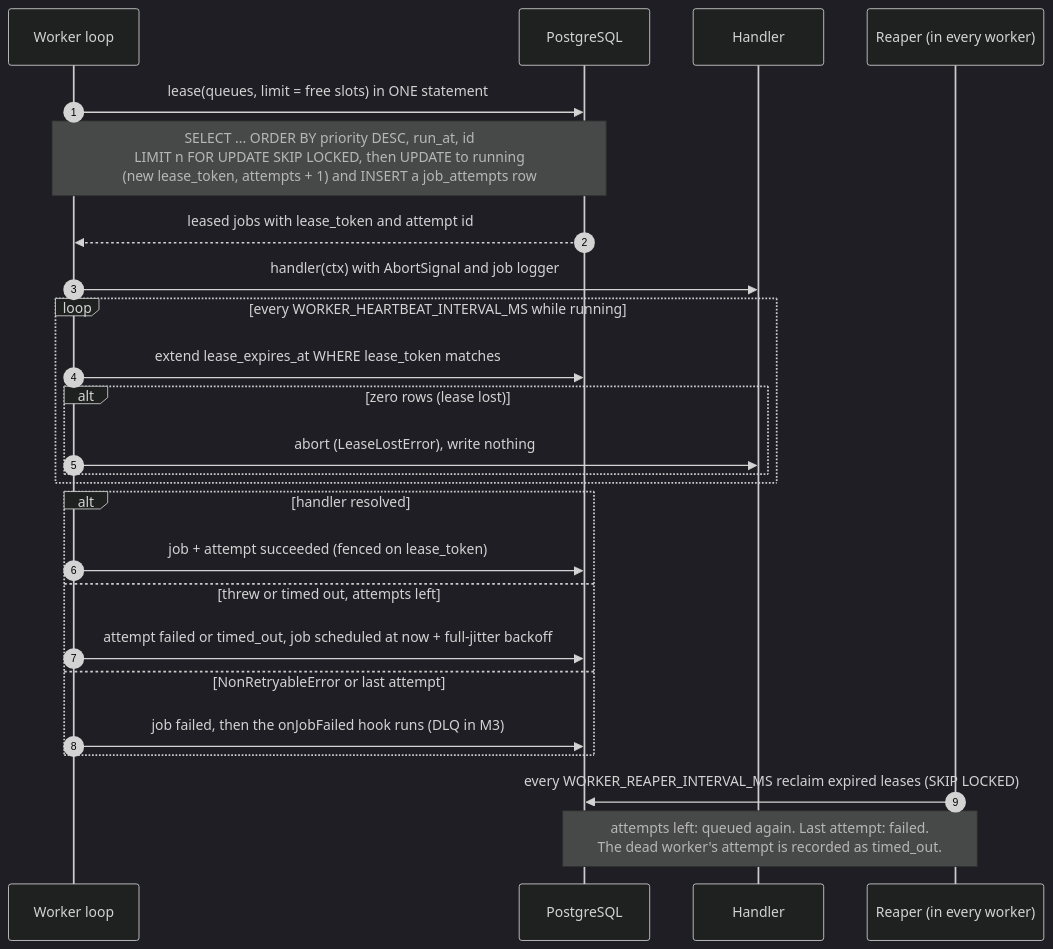
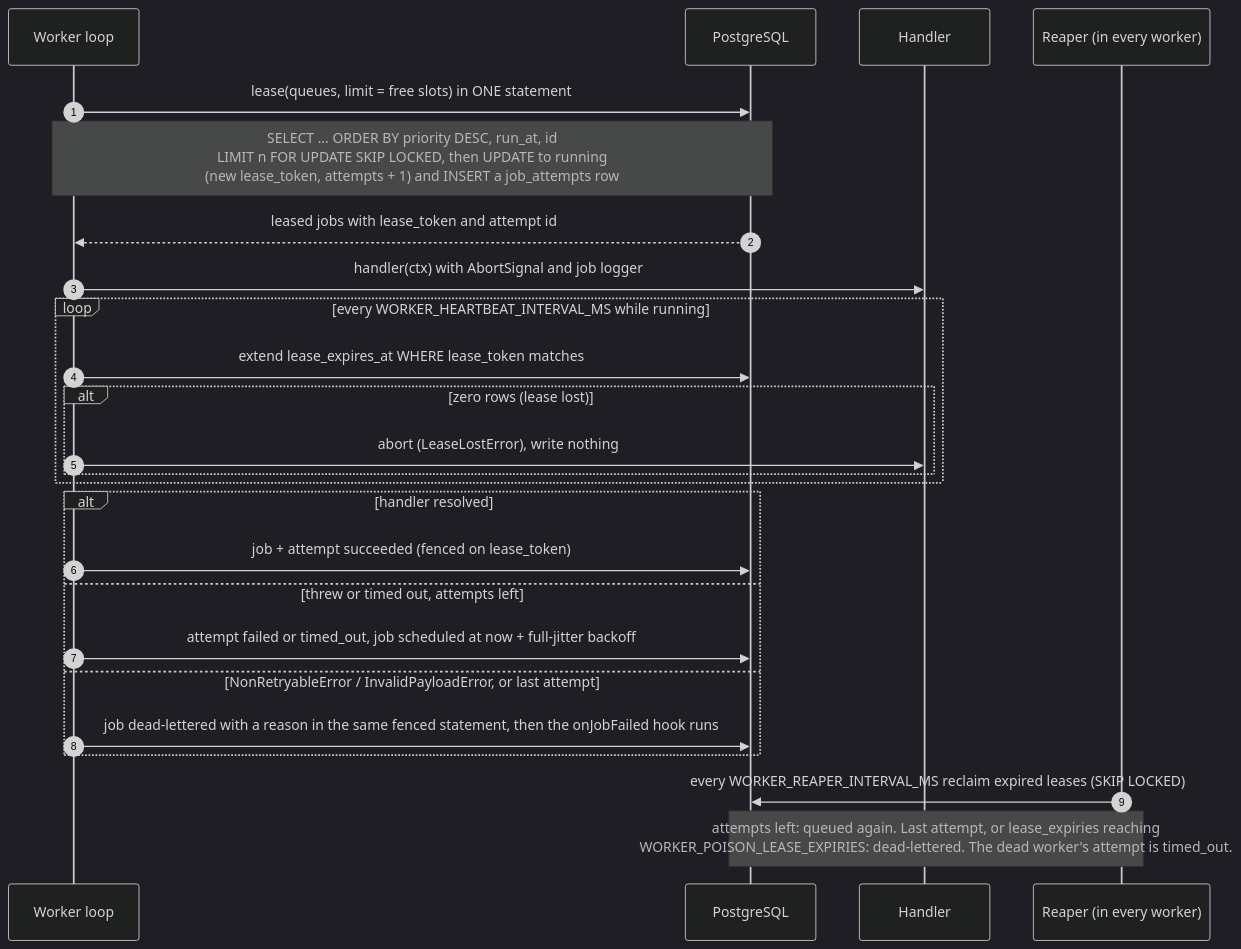
Before and after one commit to smraddhi18/pulsequeue: the fifth of 6 diagrams in README.md, drawn with Mermaid (dark theme). The commit also changed other lines of this file and 2 other files, not shown here.

Commit message:
docs: document Milestone 3 dead-letter queue and mark it done in the roadmap

````diff
--- a/README.md
+++ b/README.md
@@ -150,28 +209,28 @@
 ```mermaid
 sequenceDiagram
     autonumber
     participant W as Worker loop
     participant PG as PostgreSQL
     participant H as Handler
     participant R as Reaper (in every worker)
 
     W->>PG: lease(queues, limit = free slots) in ONE statement
     Note over W,PG: SELECT ... ORDER BY priority DESC, run_at, id<br/>LIMIT n FOR UPDATE SKIP LOCKED, then UPDATE to running<br/>(new lease_token, attempts + 1) and INSERT a job_attempts row
     PG-->>W: leased jobs with lease_token and attempt id
     W->>H: handler(ctx) with AbortSignal and job logger
     loop every WORKER_HEARTBEAT_INTERVAL_MS while running
         W->>PG: extend lease_expires_at WHERE lease_token matches
         alt zero rows (lease lost)
             W->>H: abort (LeaseLostError), write nothing
         end
     end
     alt handler resolved
         W->>PG: job + attempt succeeded (fenced on lease_token)
     else threw or timed out, attempts left
         W->>PG: attempt failed or timed_out, job scheduled at now + full-jitter backoff
-    else NonRetryableError or last attempt
-        W->>PG: job failed, then the onJobFailed hook runs (DLQ in M3)
+    else NonRetryableError / InvalidPayloadError, or last attempt
+        W->>PG: job dead-lettered with a reason in the same fenced statement, then the onJobFailed hook runs
     end
     R->>PG: every WORKER_REAPER_INTERVAL_MS reclaim expired leases (SKIP LOCKED)
-    Note over R,PG: attempts left: queued again. Last attempt: failed.<br/>The dead worker's attempt is recorded as timed_out.
+    Note over R,PG: attempts left: queued again. Last attempt, or lease_expiries reaching<br/>WORKER_POISON_LEASE_EXPIRIES: dead-lettered. The dead worker's attempt is timed_out.
 ```
````
